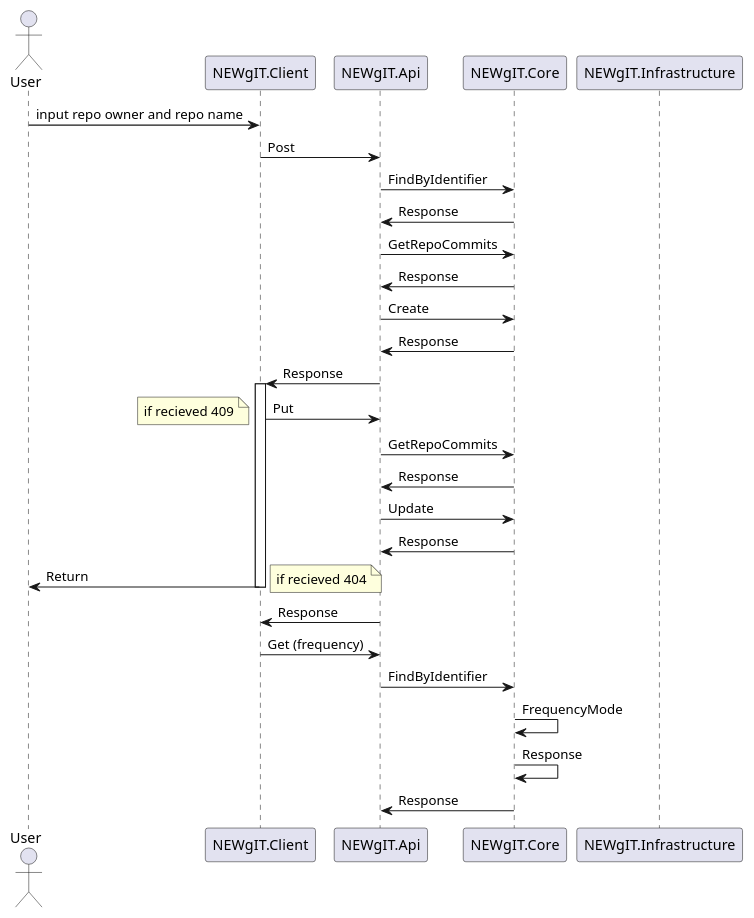
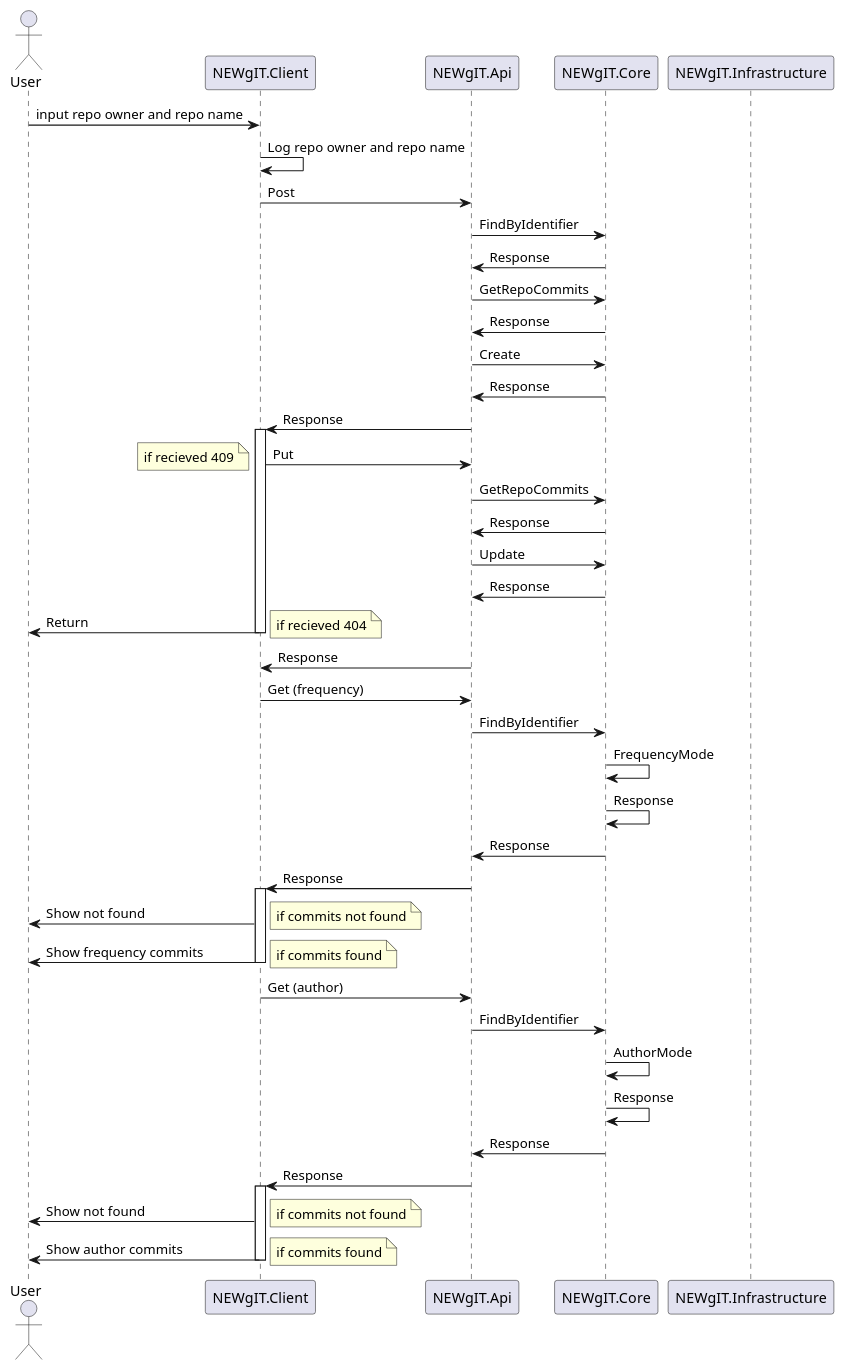
One commit to atro-itu/bdsa-project-newgit changed the third of 3 diagrams in docs/diagrams-code.md. Above: the diagram before and after it, drawn with PlantUML.

Commit message:
update sequence diagram

````diff
--- a/docs/diagrams-code.md
+++ b/docs/diagrams-code.md
@@ -106,42 +106,73 @@
 ```plantuml
 @startuml sequenceDiagram
 
 actor User
 participant NEWgIT.Client
 participant NEWgIT.Api
 participant NEWgIT.Core
 participant NEWgIT.Infrastructure
 
 User -> NEWgIT.Client : input repo owner and repo name
+NEWgIT.Client -> NEWgIT.Client : Log repo owner and repo name
 NEWgIT.Client -> NEWgIT.Api : Post
 NEWgIT.Api -> NEWgIT.Core : FindByIdentifier
 NEWgIT.Api <- NEWgIT.Core : Response
 NEWgIT.Api -> NEWgIT.Core : GetRepoCommits
 NEWgIT.Api <- NEWgIT.Core : Response
 NEWgIT.Api -> NEWgIT.Core : Create
 NEWgIT.Api <- NEWgIT.Core : Response
 NEWgIT.Client <- NEWgIT.Api : Response
 
 activate NEWgIT.Client
 NEWgIT.Client -> NEWgIT.Api : Put
 note left
   if recieved 409
 end note
 NEWgIT.Api -> NEWgIT.Core : GetRepoCommits
 NEWgIT.Api <-NEWgIT.Core : Response
 NEWgIT.Api -> NEWgIT.Core : Update
 NEWgIT.Api <- NEWgIT.Core : Response
 User <- NEWgIT.Client : Return
 note right
   if recieved 404
 end note
 deactivate NEWgIT.Client
 NEWgIT.Client <- NEWgIT.Api : Response
 NEWgIT.Client -> NEWgIT.Api : Get (frequency)
 NEWgIT.Api -> NEWgIT.Core : FindByIdentifier
 NEWgIT.Core -> NEWgIT.Core : FrequencyMode
 NEWgIT.Core -> NEWgIT.Core : Response
 NEWgIT.Api <- NEWgIT.Core : Response
+NEWgIT.Client <- NEWgIT.Api : Response
+activate NEWgIT.Client
+User <- NEWgIT.Client : Show not found
+note right
+  if commits not found
+end note
+User <- NEWgIT.Client : Show frequency commits
+note right
+  if commits found
+end note
+deactivate NEWgIT.Client
+
+
+
+NEWgIT.Client -> NEWgIT.Api : Get (author)
+NEWgIT.Api -> NEWgIT.Core : FindByIdentifier
+NEWgIT.Core -> NEWgIT.Core : AuthorMode
+NEWgIT.Core -> NEWgIT.Core : Response
+NEWgIT.Api <- NEWgIT.Core : Response
+NEWgIT.Client <- NEWgIT.Api : Response
+activate NEWgIT.Client
+User <- NEWgIT.Client : Show not found
+note right
+  if commits not found
+end note
+User <- NEWgIT.Client : Show author commits
+note right
+  if commits found
+end note
+deactivate NEWgIT.Client
 
 @enduml
 ```
````
